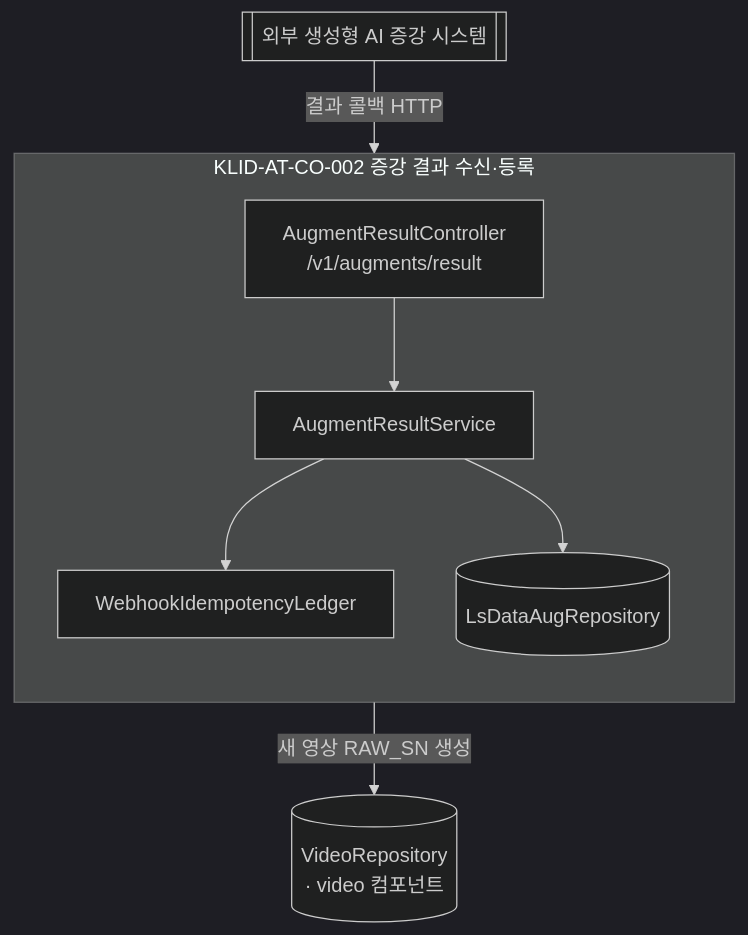
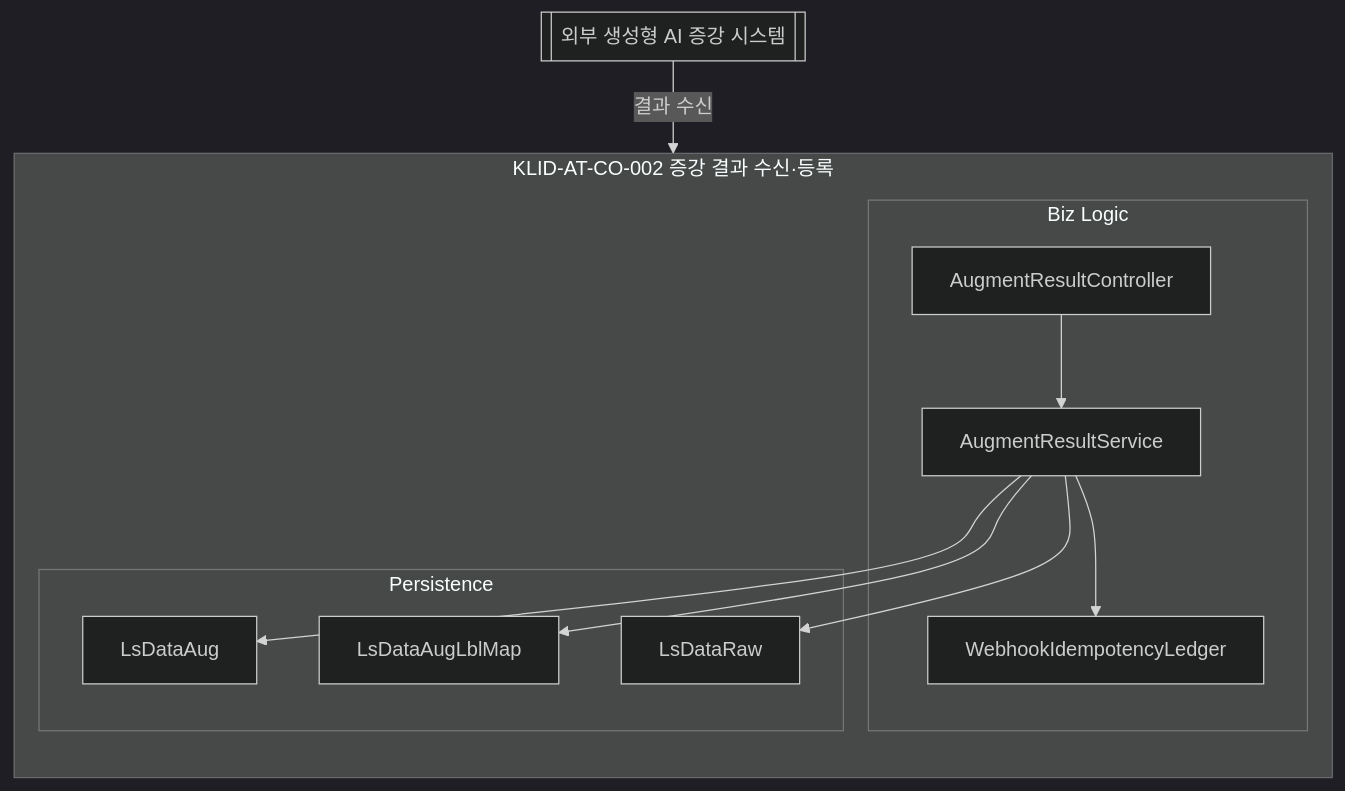
Before and after one commit to New-stella/klid-label: the second of 13 diagrams in docs/design/D3-컴포넌트설계서.md, drawn with Mermaid (dark theme). The commit also changed other lines of this file and 32 other files, not shown here.

````diff
--- a/docs/design/D3-컴포넌트설계서.md
+++ b/docs/design/D3-컴포넌트설계서.md
@@ -60,17 +70,23 @@
 ```mermaid
 flowchart TD
     EXT[[외부 생성형 AI 증강 시스템]]
     subgraph CO002[KLID-AT-CO-002 증강 결과 수신·등록]
         direction TB
-        ARC[AugmentResultController<br/>/v1/augments/result]
-        ARS[AugmentResultService]
-        WIL[WebhookIdempotencyLedger]
-        LDAR[(LsDataAugRepository)]
+        subgraph BIZ2[Biz Logic]
+            ARC[AugmentResultController]
+            ARS[AugmentResultService]
+            WIL[WebhookIdempotencyLedger]
+        end
+        subgraph PER2[Persistence]
+            LDA[LsDataAug]
+            LDM[LsDataAugLblMap]
+            LDR[LsDataRaw]
+        end
         ARC --> ARS
         ARS --> WIL
-        ARS --> LDAR
+        ARS --> LDA
+        ARS --> LDM
+        ARS --> LDR
     end
-    VR[(VideoRepository<br/>· video 컴포넌트)]
-    EXT -->|결과 콜백 HTTP| ARC
-    ARS -->|새 영상 RAW_SN 생성| VR
+    EXT -->|결과 수신| ARC
 ```
````
